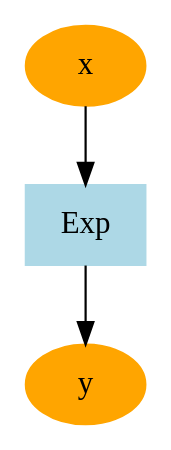
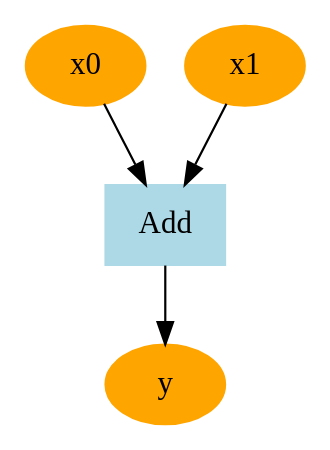
Before and after one commit to parkwoobin/ai_advanced_wb: the diagram in sample.dot, drawn with Graphviz. The commit also changed 7 other files, not shown here.

Commit message:
Add variable and function classes, implement addition and multiplication operations, and enhance graph visualization utilities

```diff
--- a/sample.dot
+++ b/sample.dot
@@ -1,7 +1,9 @@
-digraph g{
-1 [label="x", color = orange, style = filled]
-2 [label="y", color = orange, style = filled]
-3 [label="Exp", color = lightblue, style = filled, shape = box]
-1 -> 3
-3 -> 2
+digraph g {
+node2707759310800 [label="y", color=orange, style=filled]
+node2707759311952 [label="Add", color=lightblue, style=filled, shape=box]
+node2707759304272 -> node2707759311952
+node2707759304144 -> node2707759311952
+node2707759311952 -> node2707759310800
+node2707759304272 [label="x0", color=orange, style=filled]
+node2707759304144 [label="x1", color=orange, style=filled]
 }
```
